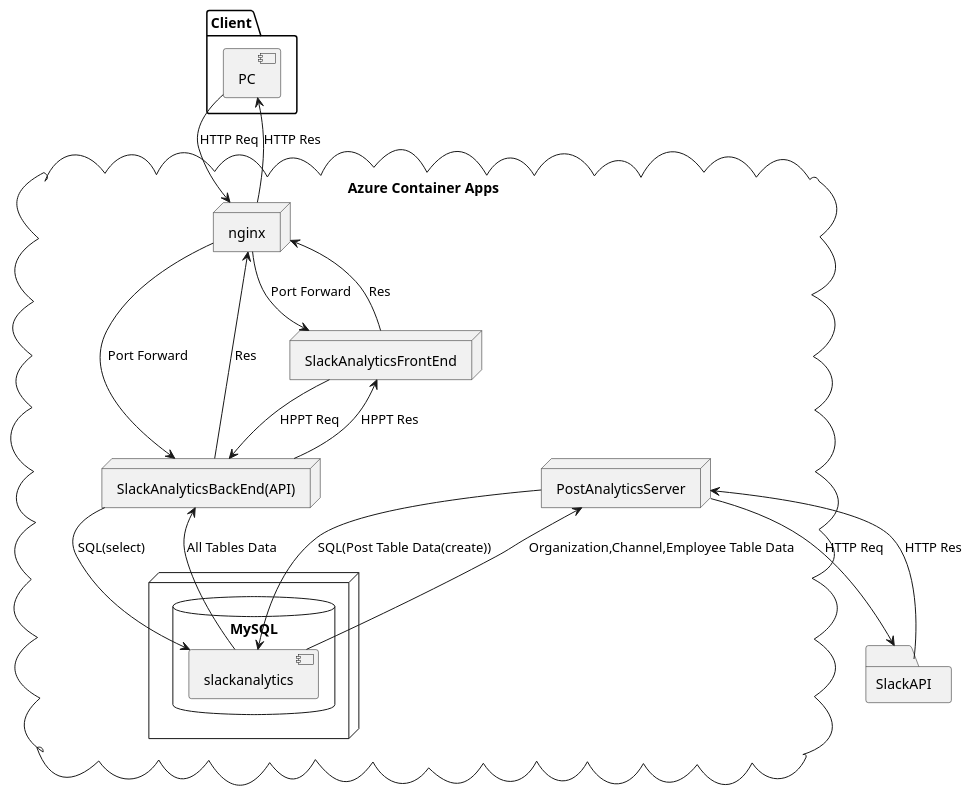
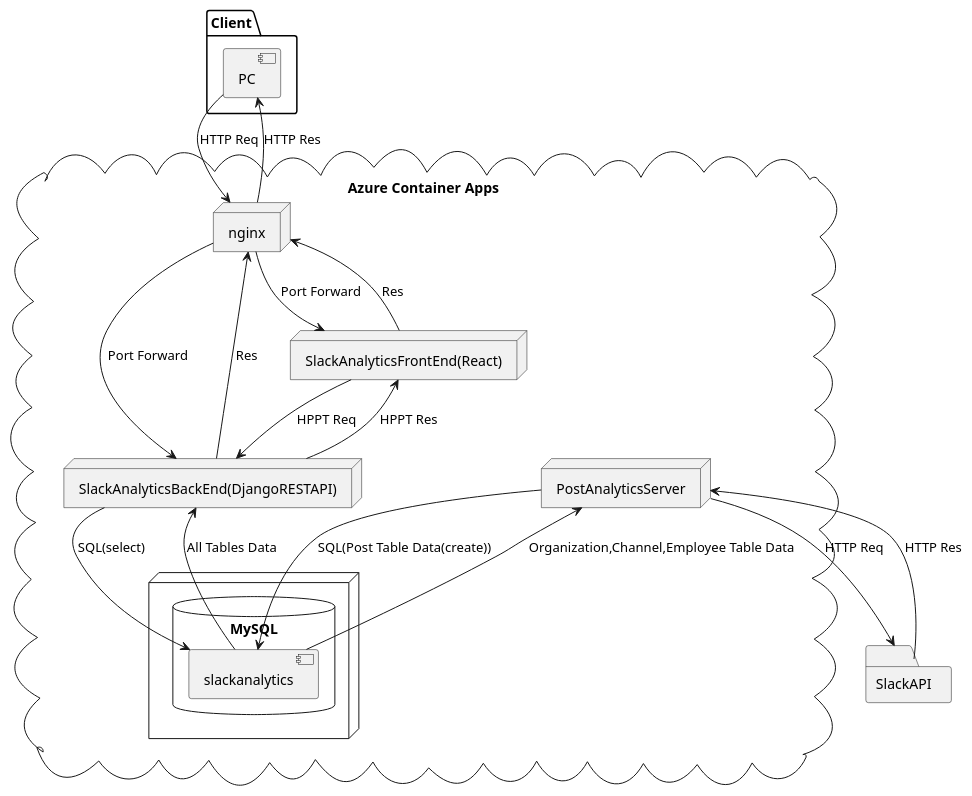
The diagram in configure/Diagram.md (k1e1n04/SlackAnalyticsDoc), drawn with PlantUML before and after one commit.

Commit message:
Update Diagram

````diff
--- a/configure/Diagram.md
+++ b/configure/Diagram.md
@@ -22,36 +22,36 @@
 ```plantuml
 @startuml
 folder "Client" {
     [PC]
 }
 
 cloud "Azure Container Apps"{
     node "nginx"
-    node "SlackAnalyticsBackEnd(API)"
-    node "SlackAnalyticsFrontEnd"
+    node "SlackAnalyticsBackEnd(DjangoRESTAPI)"
+    node "SlackAnalyticsFrontEnd(React)"
     node {
         database "MySQL"{
             [slackanalytics]
         }
     }
     node "PostAnalyticsServer"
 }
 folder SlackAPI
 
 [PC]-->[nginx]:HTTP Req
 [PC]<--[nginx]:HTTP Res
-[nginx]-->[SlackAnalyticsFrontEnd]:Port Forward
-[nginx]<--[SlackAnalyticsFrontEnd]:Res
-[nginx]-->[SlackAnalyticsBackEnd(API)]:Port Forward
-[nginx]<--[SlackAnalyticsBackEnd(API)]:Res
-[SlackAnalyticsFrontEnd]-->[SlackAnalyticsBackEnd(API)]:HPPT Req
-[SlackAnalyticsFrontEnd]<--[SlackAnalyticsBackEnd(API)]:HPPT Res
-[SlackAnalyticsBackEnd(API)]-->[slackanalytics]:SQL(select)
-[SlackAnalyticsBackEnd(API)]<--[slackanalytics]:All Tables Data
+[nginx]-->[SlackAnalyticsFrontEnd(React)]:Port Forward
+[nginx]<--[SlackAnalyticsFrontEnd(React)]:Res
+[nginx]-->[SlackAnalyticsBackEnd(DjangoRESTAPI)]:Port Forward
+[nginx]<--[SlackAnalyticsBackEnd(DjangoRESTAPI)]:Res
+[SlackAnalyticsFrontEnd(React)]-->[SlackAnalyticsBackEnd(DjangoRESTAPI)]:HPPT Req
+[SlackAnalyticsFrontEnd(React)]<--[SlackAnalyticsBackEnd(DjangoRESTAPI)]:HPPT Res
+[SlackAnalyticsBackEnd(DjangoRESTAPI)]-->[slackanalytics]:SQL(select)
+[SlackAnalyticsBackEnd(DjangoRESTAPI)]<--[slackanalytics]:All Tables Data
 [PostAnalyticsServer]-->[slackanalytics]: SQL(Post Table Data(create))
 [PostAnalyticsServer]<--[slackanalytics]: Organization,Channel,Employee Table Data
 [PostAnalyticsServer]-->[SlackAPI]:HTTP Req
 [PostAnalyticsServer]<--[SlackAPI]:HTTP Res
 
 @enduml
 ```
````
